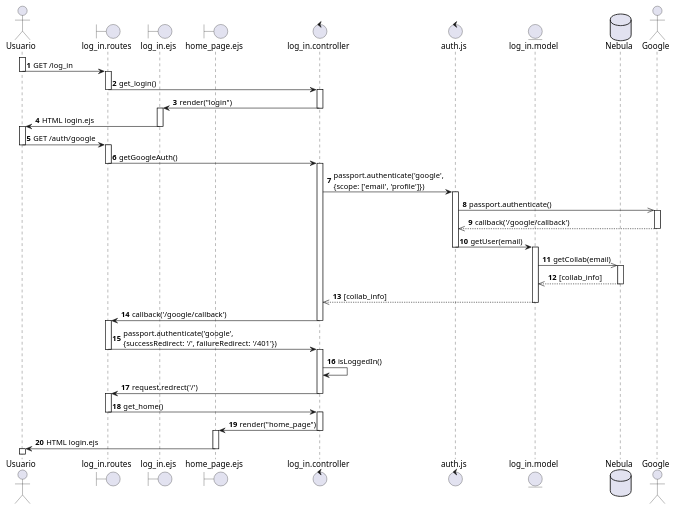
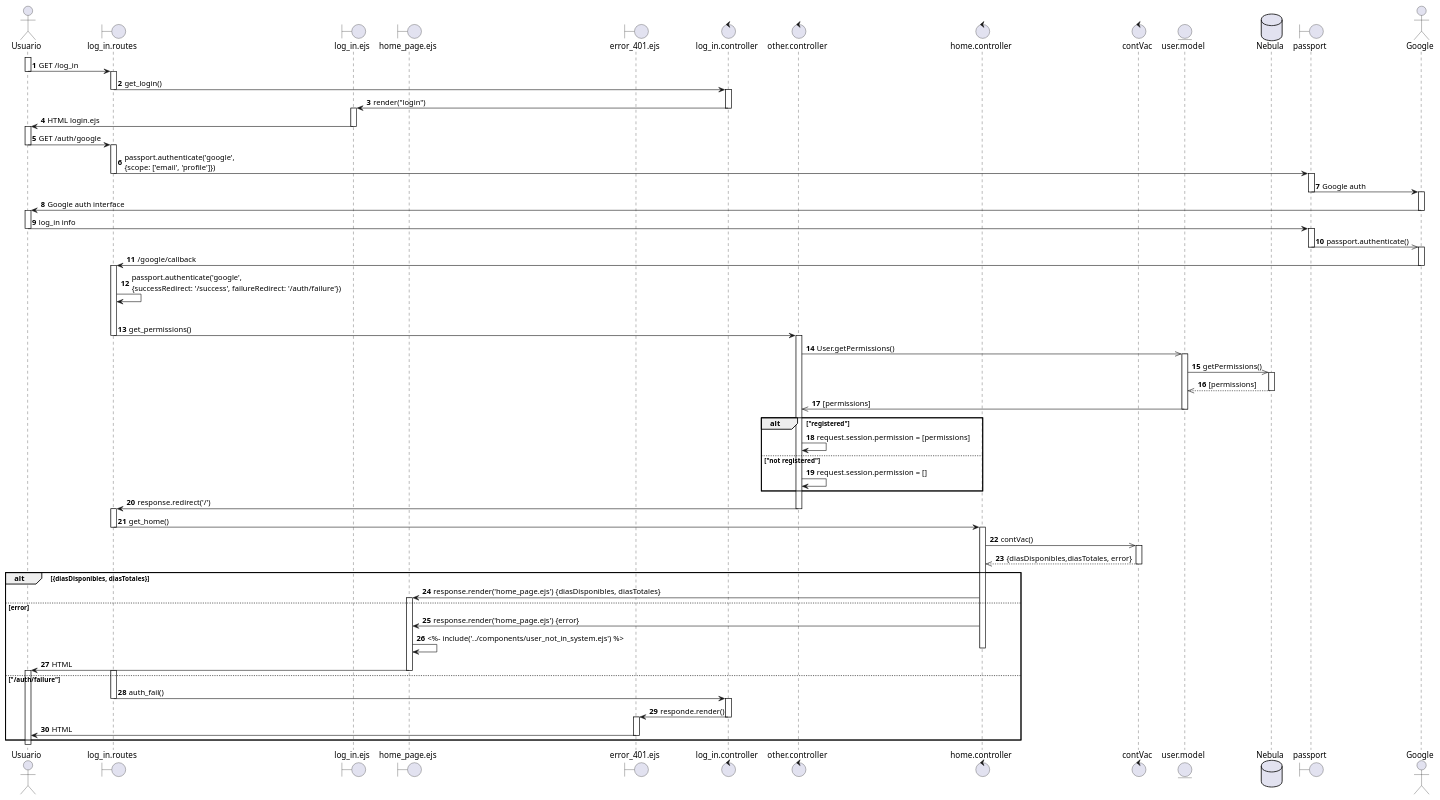
The diagram in diagramas_secuencia/user_auth_google.puml (SALV19/Nebula_tc2005b), drawn with PlantUML before and after one commit. The commit also changed 5 other files, not shown here.

First line of the commit message:
Santi/req 2 user auth google

```diff
--- a/diagramas_secuencia/user_auth_google.puml
+++ b/diagramas_secuencia/user_auth_google.puml
@@ -1,75 +1,105 @@
 @startuml Prueba
 autonumber
 actor Usuario as u
 boundary log_in.routes as lgr
 boundary log_in.ejs as lge
 boundary home_page.ejs as h
+boundary error_401.ejs as 401
 control log_in.controller as lgc
-control auth.js as auth
-entity log_in.model as lgm
+control other.controller as oc
+control home.controller as hc
+control contVac as cV
+entity user.model as um
 database Nebula as db
+boundary passport
 actor Google
 
 activate u
 u -> lgr : GET /log_in
 deactivate u
 
 activate lgr
 lgr -> lgc : get_login()
 deactivate lgr
 activate lgc
 lgc -> lge : render("login")
 deactivate lgc
 activate lge
 lge -> u : HTML login.ejs
 deactivate lge 
 
 activate u
 u -> lgr : GET /auth/google 
 deactivate u
 
 activate lgr
-lgr -> lgc : getGoogleAuth()
+lgr -> passport : passport.authenticate('google', \n{scope: ['email', 'profile']})
 deactivate lgr
-activate lgc
-lgc -> auth : passport.authenticate('google', \n{scope: ['email', 'profile']})
-activate auth
-auth ->> Google : passport.authenticate()
+activate passport
+passport -> Google : Google auth
+deactivate passport
 activate Google
-Google -->> auth : callback('/google/callback')
+Google -> u : Google auth interface
 deactivate Google
-auth -> lgm : getUser(email)
-deactivate auth
-activate lgm
-lgm ->> db : getCollab(email)
-activate db
-db -->> lgm : [collab_info]
-deactivate db
-lgm -->> lgc: [collab_info]
-deactivate lgm
-lgc -> lgr : callback('/google/callback')
-deactivate lgc
-
+activate u
+u -> passport : log_in info
+deactivate u
+activate passport
+passport ->> Google : passport.authenticate()
+deactivate passport
+activate Google
+Google -> lgr : /google/callback
+deactivate Google
 activate lgr
-lgr -> lgc : passport.authenticate('google', \n{successRedirect: '/', failureRedirect: '/401'})
-deactivate lgr
-activate lgc
-lgc -> lgc : isLoggedIn()
-lgc -> lgr : request.redrect('/')
-deactivate lgc
-activate lgr
-lgr -> lgc : get_home()
-deactivate lgr
-activate lgc
-lgc -> h : render("home_page")
-deactivate lgc
-activate h
-h -> u : HTML login.ejs
-deactivate h 
-
-
-
-
-activate u
+lgr -> lgr : passport.authenticate('google', \n{successRedirect: '/success', failureRedirect: '/auth/failure'})
+alt "/success"
+  lgr -> oc : get_permissions()
+  deactivate lgr
+  activate oc
+  oc ->> um : User.getPermissions()
+  activate um
+  um ->> db : getPermissions()
+  activate db
+  db -->> um : [permissions]
+  deactivate db
+  um ->> oc : [permissions]
+  deactivate um
+  alt "registered"
+    oc -> oc : request.session.permission = [permissions]
+  else "not registered"
+    oc -> oc : request.session.permission = []
+  end
+  oc -> lgr : response.redirect('/')
+  deactivate oc
+  activate lgr 
+  lgr -> hc : get_home()
+  deactivate lgr
+  activate hc
+  hc ->> cV : contVac()
+  activate cV
+  cV -->> hc : {diasDisponibles,diasTotales, error}
+  deactivate cV
+  alt {diasDisponibles, diasTotales}
+    hc -> h : response.render('home_page.ejs') {diasDisponibles, diasTotales}
+    activate h
+  else error
+    hc -> h : response.render('home_page.ejs') {error}
+    h -> h : <%- include('../components/user_not_in_system.ejs') %>
+  deactivate hc
+  
+  h -> u : HTML
+  deactivate h
+  activate u
+else "/auth/failure"
+  activate lgr
+  lgr -> lgc : auth_fail()
+  deactivate lgr
+  activate lgc
+  lgc -> 401 : responde.render()
+  deactivate lgc
+  activate 401
+  401 -> u : HTML
+  deactivate 401
+end
 
 @enduml
```
